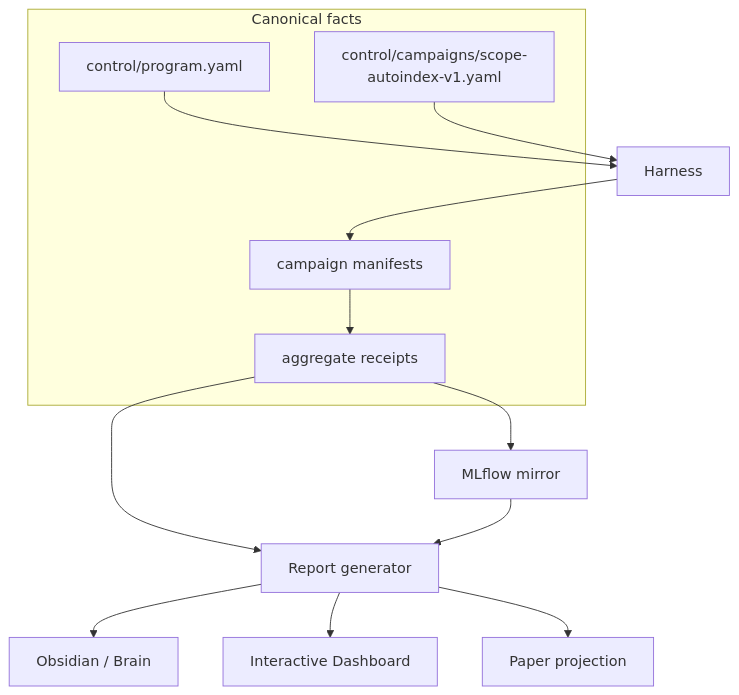
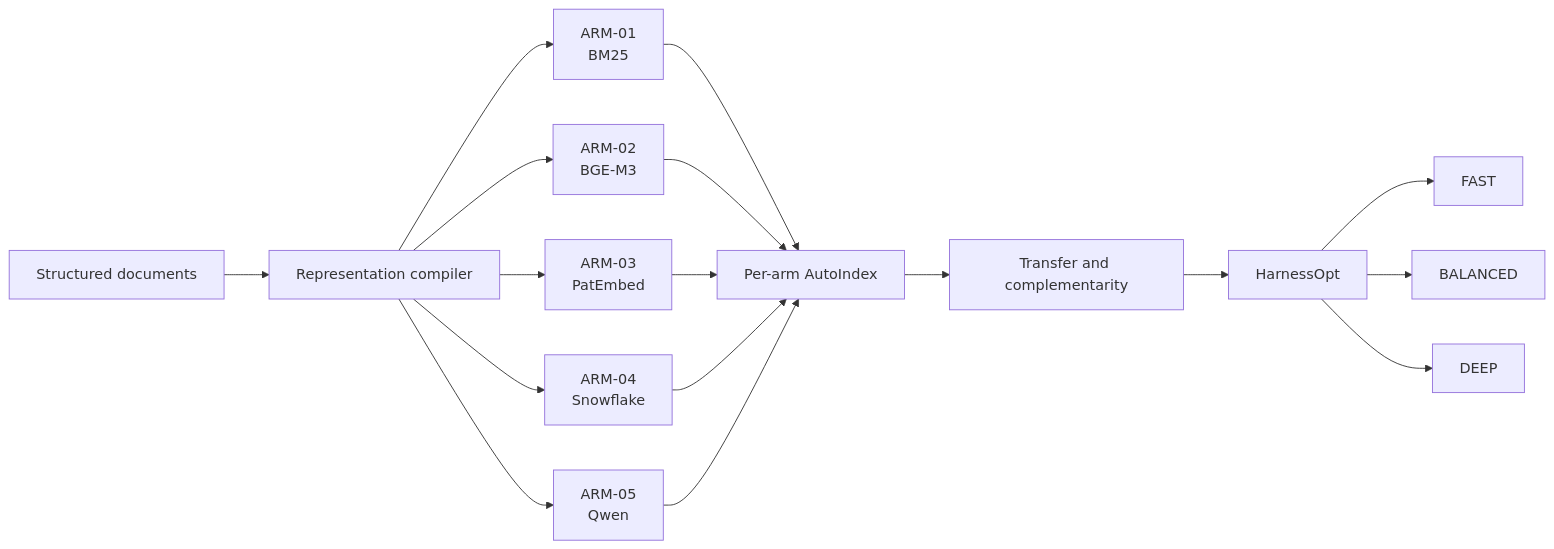
Before and after one commit to siriponsri/myIS: the diagram in README.md, drawn with Mermaid. The commit also changed other lines of this file and 328 other files, not shown here.

Commit message:
refactor: migrate research control plane to ArmIndex

````diff
--- a/README.md
+++ b/README.md
@@ -10,18 +29,19 @@
 ```mermaid
-flowchart TB
-  subgraph Canonical[Canonical facts]
-    C[control/program.yaml]
-    P[control/campaigns/scope-autoindex-v1.yaml]
-    M[campaign manifests]
-    R[aggregate receipts]
-  end
-  C --> H[Harness]
-  P --> H
-  H --> M --> R
-  R --> ML[MLflow mirror]
-  R --> RG[Report generator]
-  ML --> RG
-  RG --> O[Obsidian / Brain]
-  RG --> D[Interactive Dashboard]
-  RG --> PP[Paper projection]
+flowchart LR
+    SD[Structured documents] --> RC[Representation compiler]
+    RC --> B[ARM-01<br/>BM25]
+    RC --> G[ARM-02<br/>BGE-M3]
+    RC --> P[ARM-03<br/>PatEmbed]
+    RC --> S[ARM-04<br/>Snowflake]
+    RC --> Q[ARM-05<br/>Qwen]
+    B --> AI[Per-arm AutoIndex]
+    G --> AI
+    P --> AI
+    S --> AI
+    Q --> AI
+    AI --> TC[Transfer and complementarity]
+    TC --> HO[HarnessOpt]
+    HO --> F[FAST]
+    HO --> BA[BALANCED]
+    HO --> D[DEEP]
 ```
````
